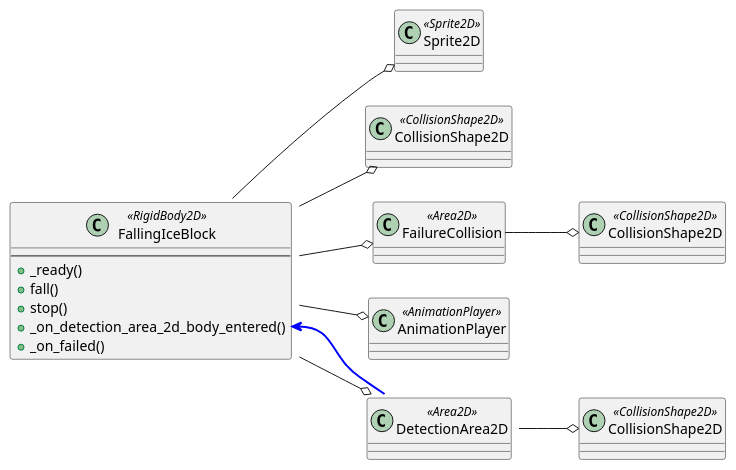
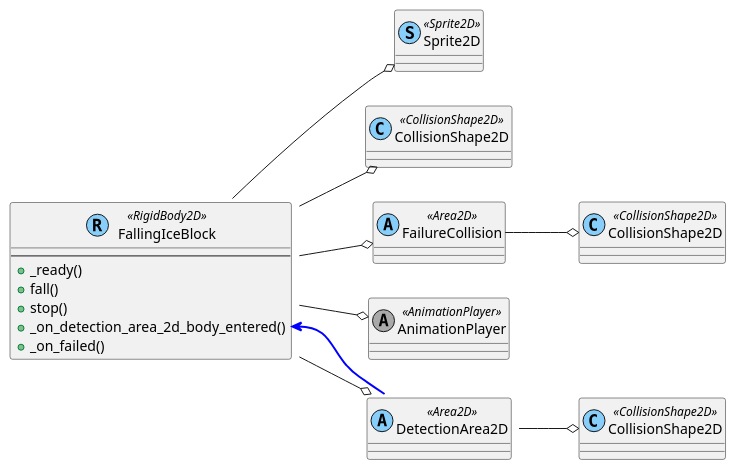
Before and after one commit to tkmfujise/Platformer-Game-Learning: the diagram in content/scenes/src/stages/gimmicks/falling_ice_block/falling_ice_block.tscn.adoc, drawn with PlantUML. The commit also changed 69 other files, not shown here.

Commit message:
Change scene diagram class color

```diff
--- a/content/scenes/src/stages/gimmicks/falling_ice_block/falling_ice_block.tscn.adoc
+++ b/content/scenes/src/stages/gimmicks/falling_ice_block/falling_ice_block.tscn.adoc
@@ -9,34 +9,34 @@
 [plantuml]
 ....
-class ROOT as "FallingIceBlock" <<RigidBody2D>> {
+class ROOT as "FallingIceBlock" <<(R,lightskyblue) RigidBody2D>> {
 ---
   + _ready()
   + fall()
   + stop()
   + _on_detection_area_2d_body_entered()
   + _on_failed()
 }
-class Sprite2D as "Sprite2D" <<Sprite2D>> {
+class Sprite2D as "Sprite2D" <<(S,lightskyblue) Sprite2D>> {
 }
-class CollisionShape2D as "CollisionShape2D" <<CollisionShape2D>> {
+class CollisionShape2D as "CollisionShape2D" <<(C,lightskyblue) CollisionShape2D>> {
 }
-class FailureCollision as "FailureCollision" <<Area2D>> {
+class FailureCollision as "FailureCollision" <<(A,lightskyblue) Area2D>> {
 }
-class FailureCollision_CollisionShape2D as "CollisionShape2D" <<CollisionShape2D>> {
+class FailureCollision_CollisionShape2D as "CollisionShape2D" <<(C,lightskyblue) CollisionShape2D>> {
 }
-class DetectionArea2D as "DetectionArea2D" <<Area2D>> {
+class DetectionArea2D as "DetectionArea2D" <<(A,lightskyblue) Area2D>> {
 }
-class DetectionArea2D_CollisionShape2D as "CollisionShape2D" <<CollisionShape2D>> {
+class DetectionArea2D_CollisionShape2D as "CollisionShape2D" <<(C,lightskyblue) CollisionShape2D>> {
 }
-class AnimationPlayer as "AnimationPlayer" <<AnimationPlayer>> {
+class AnimationPlayer as "AnimationPlayer" <<(A,darkgray) AnimationPlayer>> {
 }
 ROOT --o Sprite2D
 ROOT --o CollisionShape2D
 ROOT --o FailureCollision
 ROOT --o DetectionArea2D
 ROOT --o AnimationPlayer
 FailureCollision --o FailureCollision_CollisionShape2D
 DetectionArea2D --o DetectionArea2D_CollisionShape2D
 left to right direction
 ROOT::_on_detection_area_2d_body_entered <-[#blue,thickness=2]- DetectionArea2D::body_entered
 ....
```
